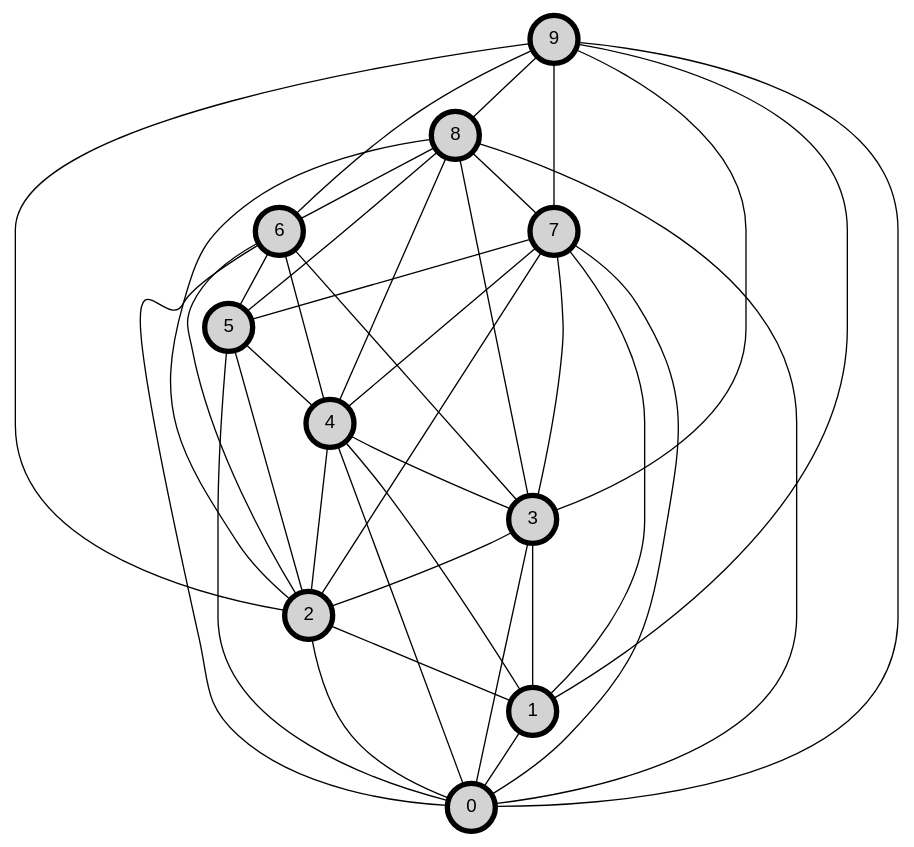
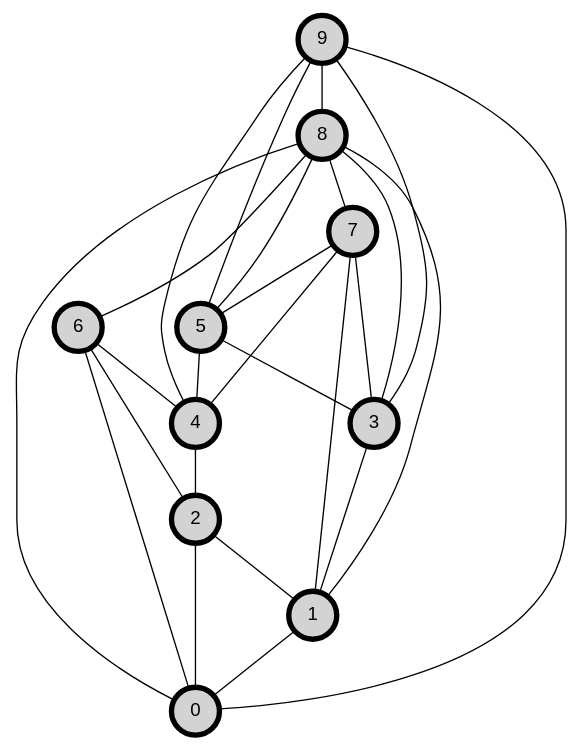
One commit to ivolvanov/vertex-cover changed the diagram in dotfiles/graph.dot. Above: the diagram before and after it, drawn with Graphviz. The commit also changed 9 other files, not shown here.

```diff
--- a/dotfiles/graph.dot
+++ b/dotfiles/graph.dot
@@ -1,52 +1,39 @@
 graph my_graph {
 node [ fontname = Arial, style="filled,setlinewidth(4)", shape=circle ]
 node0 [ label = "0" ]
 node1 [ label = "1" ]
 node2 [ label = "2" ]
 node3 [ label = "3" ]
 node4 [ label = "4" ]
 node5 [ label = "5" ]
 node6 [ label = "6" ]
 node7 [ label = "7" ]
 node8 [ label = "8" ]
 node9 [ label = "9" ]
 
 node1 -- node0
 node2 -- node0
 node2 -- node1
-node3 -- node0
 node3 -- node1
-node3 -- node2
-node4 -- node0
-node4 -- node1
 node4 -- node2
-node4 -- node3
-node5 -- node0
-node5 -- node2
+node5 -- node3
 node5 -- node4
 node6 -- node0
 node6 -- node2
-node6 -- node3
 node6 -- node4
-node6 -- node5
-node7 -- node0
 node7 -- node1
-node7 -- node2
 node7 -- node3
 node7 -- node4
 node7 -- node5
 node8 -- node0
-node8 -- node2
+node8 -- node1
 node8 -- node3
-node8 -- node4
 node8 -- node5
 node8 -- node6
 node8 -- node7
 node9 -- node0
-node9 -- node1
-node9 -- node2
 node9 -- node3
-node9 -- node6
-node9 -- node7
+node9 -- node4
+node9 -- node5
 node9 -- node8
 }
```
